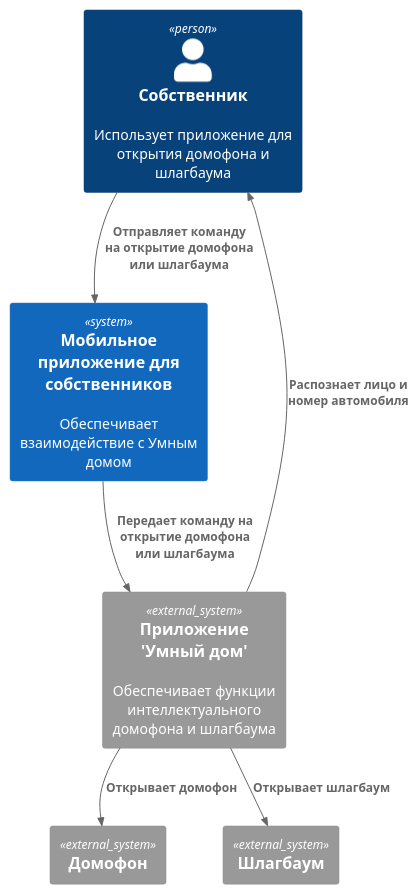
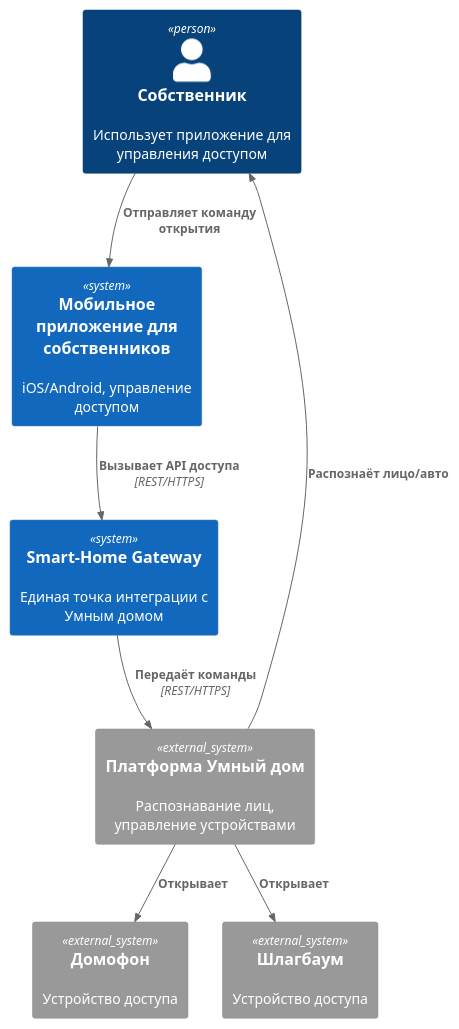
One commit to ana-staa-siia/architecture-propdevelopment changed the diagram in task3/Context.puml. Above: the diagram before and after it, drawn with PlantUML. The commit also changed 6 other files, not shown here.

```diff
--- a/task3/Context.puml
+++ b/task3/Context.puml
@@ -1,18 +1,20 @@
 @startuml
 
 !include https://raw.githubusercontent.com/plantuml-stdlib/C4-PlantUML/master/C4_Context.puml
 
-Person(user, "Собственник", "Использует приложение для открытия домофона и шлагбаума")
+Person(user, "Собственник", "Использует приложение для управления доступом")
 
-System(mobile_app, "Мобильное приложение для собственников", "Обеспечивает взаимодействие с Умным домом")
-System_Ext(system, "Приложение\n'Умный дом'", "Обеспечивает функции интеллектуального домофона и шлагбаума")
-System_Ext(intercom, "Домофон")
-System_Ext(barrier, "Шлагбаум")
+System(mobile_app, "Мобильное приложение для собственников", "iOS/Android, управление доступом")
+System(api_gateway, "Smart-Home Gateway", "Единая точка интеграции с Умным домом")
+System_Ext(smart_home, "Платформа Умный дом", "Распознавание лиц, управление устройствами")
+System_Ext(intercom, "Домофон", "Устройство доступа")
+System_Ext(barrier, "Шлагбаум", "Устройство доступа")
 
-Rel(user, mobile_app, "Отправляет команду на открытие домофона или шлагбаума")
-Rel(mobile_app, system, "Передает команду на открытие домофона или шлагбаума")
-Rel(system, user, "Распознает лицо и номер автомобиля")
-Rel(system, intercom, "Открывает домофон")
-Rel(system, barrier, "Открывает шлагбаум")
+Rel(user, mobile_app, "Отправляет команду открытия")
+Rel(mobile_app, api_gateway, "Вызывает API доступа", "REST/HTTPS")
+Rel(api_gateway, smart_home, "Передаёт команды", "REST/HTTPS")
+Rel(smart_home, intercom, "Открывает")
+Rel(smart_home, barrier, "Открывает")
+Rel(smart_home, user, "Распознаёт лицо/авто")
 
 @enduml
```
